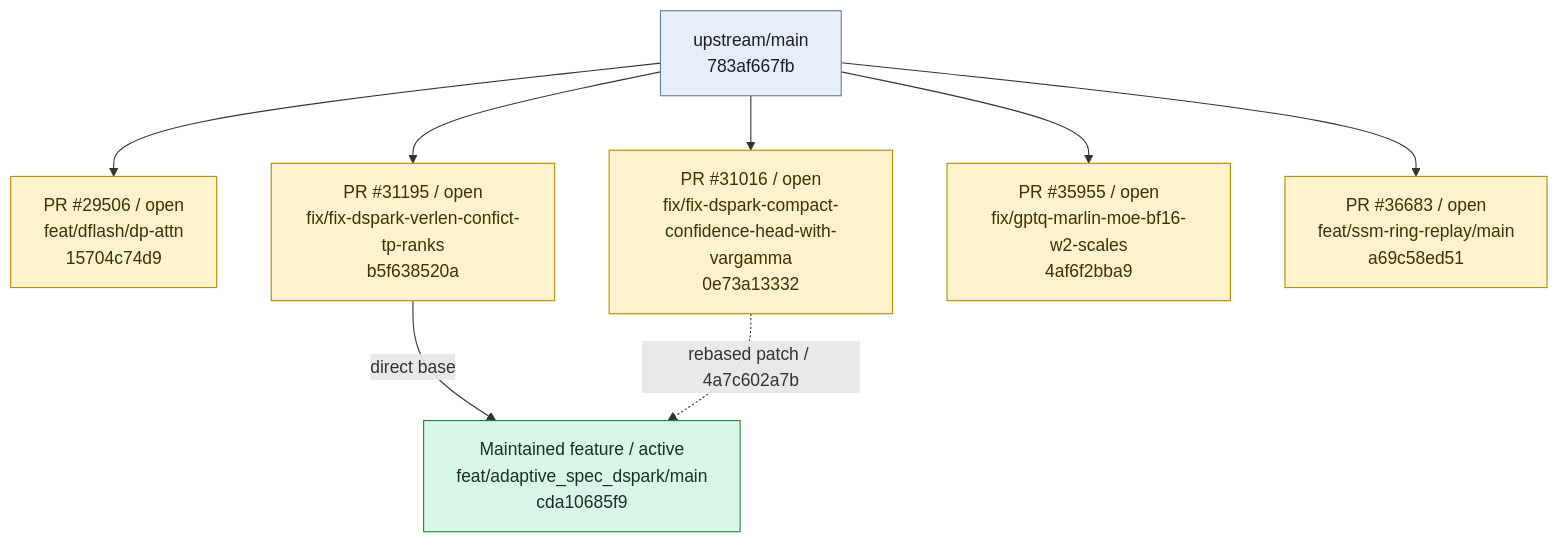
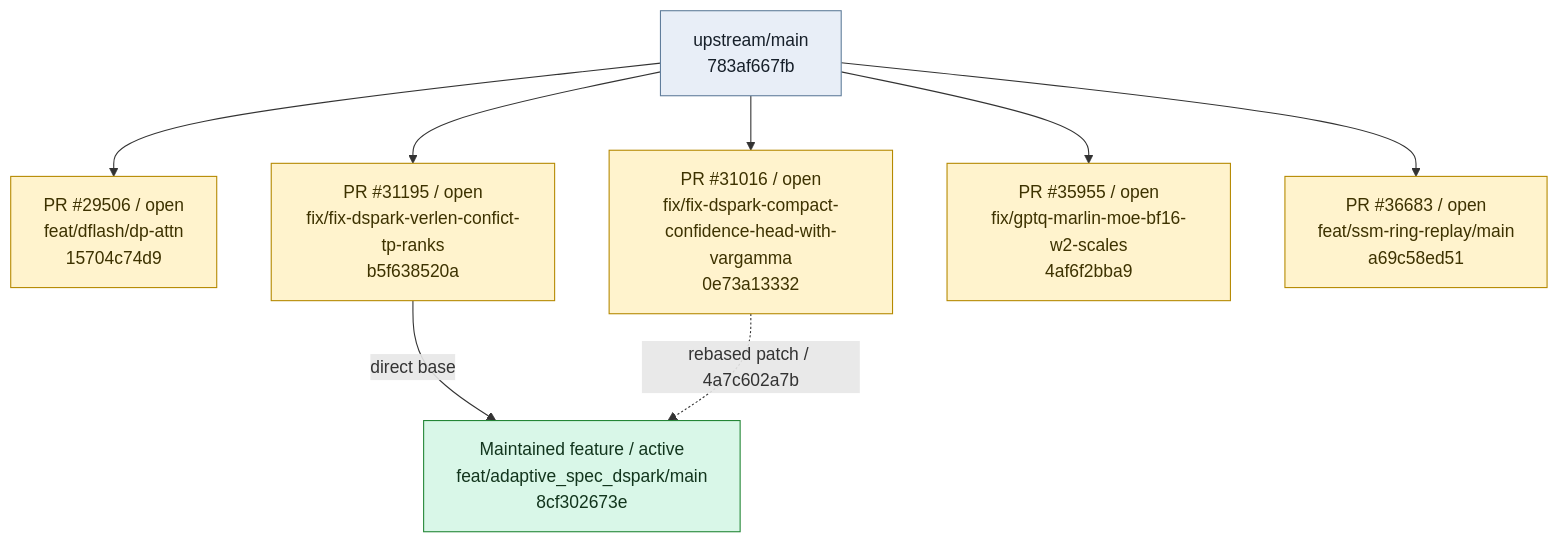
The first of 2 diagrams in BRANCH_GRAPH.md (EanWang211123/sglang), drawn with Mermaid before and after one commit. The commit also changed other lines of this file and 2 other files, not shown here.

Commit message:
meta: record DSpark split profile prefill fix

````diff
--- a/BRANCH_GRAPH.md
+++ b/BRANCH_GRAPH.md
@@ -11,29 +11,29 @@
 ```mermaid
 flowchart TD
     base_upstream_main["upstream/main<br/>783af667fb"]
     branch_dflash_dp_attn["PR #29506 / open<br/>feat/dflash/dp-attn<br/>15704c74d9"]
     base_upstream_main --> branch_dflash_dp_attn
     click branch_dflash_dp_attn "https://github.com/sgl-project/sglang/pull/29506"
     branch_dspark_tp_budget_sync["PR #31195 / open<br/>fix/fix-dspark-verlen-confict-tp-ranks<br/>b5f638520a"]
     base_upstream_main --> branch_dspark_tp_budget_sync
     click branch_dspark_tp_budget_sync "https://github.com/sgl-project/sglang/pull/31195"
     branch_dspark_runtime_gamma["PR #31016 / open<br/>fix/fix-dspark-compact-confidence-head-with-vargamma<br/>0e73a13332"]
     base_upstream_main --> branch_dspark_runtime_gamma
     click branch_dspark_runtime_gamma "https://github.com/sgl-project/sglang/pull/31016"
     branch_gptq_marlin_moe_bf16_w2_scales["PR #35955 / open<br/>fix/gptq-marlin-moe-bf16-w2-scales<br/>4af6f2bba9"]
     base_upstream_main --> branch_gptq_marlin_moe_bf16_w2_scales
     click branch_gptq_marlin_moe_bf16_w2_scales "https://github.com/sgl-project/sglang/pull/35955"
     branch_replayssm_dflash_dspark["PR #36683 / open<br/>feat/ssm-ring-replay/main<br/>a69c58ed51"]
     base_upstream_main --> branch_replayssm_dflash_dspark
     click branch_replayssm_dflash_dspark "https://github.com/sgl-project/sglang/pull/36683"
-    branch_dspark_adaptive["Maintained feature / active<br/>feat/adaptive_spec_dspark/main<br/>cda10685f9"]
+    branch_dspark_adaptive["Maintained feature / active<br/>feat/adaptive_spec_dspark/main<br/>8cf302673e"]
     click branch_dspark_adaptive "https://github.com/EanWang211123/sglang/tree/feat/adaptive_spec_dspark/main"
     branch_dspark_tp_budget_sync -->|"direct base"| branch_dspark_adaptive
     branch_dspark_runtime_gamma -.->|"rebased patch / 4a7c602a7b"| branch_dspark_adaptive
     classDef base fill:#e8eef7,stroke:#607d9b,color:#17202a
     classDef pr fill:#fff3cd,stroke:#b58900,color:#3d3200
     classDef feature fill:#d9f7e8,stroke:#238636,color:#12351d
     class base_upstream_main base
     class branch_dflash_dp_attn,branch_dspark_tp_budget_sync,branch_dspark_runtime_gamma,branch_gptq_marlin_moe_bf16_w2_scales,branch_replayssm_dflash_dspark pr
     class branch_dspark_adaptive feature
 ```
````
